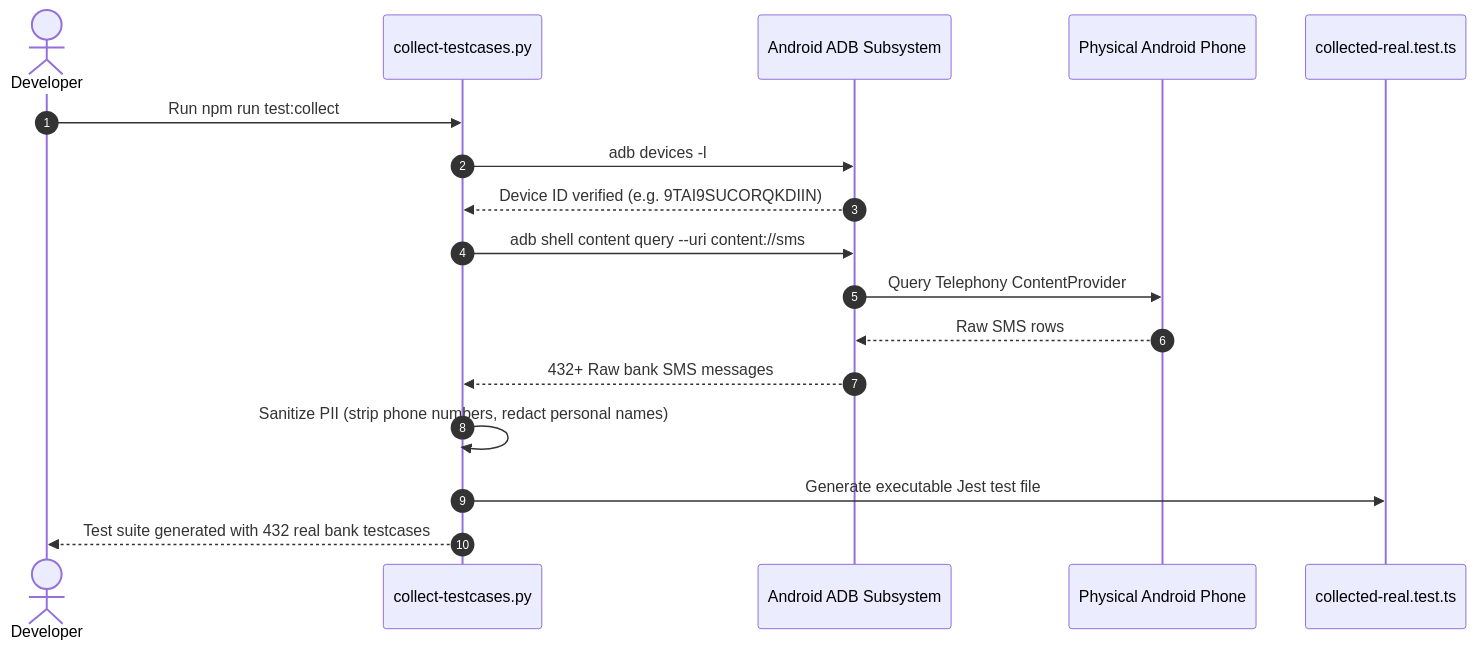
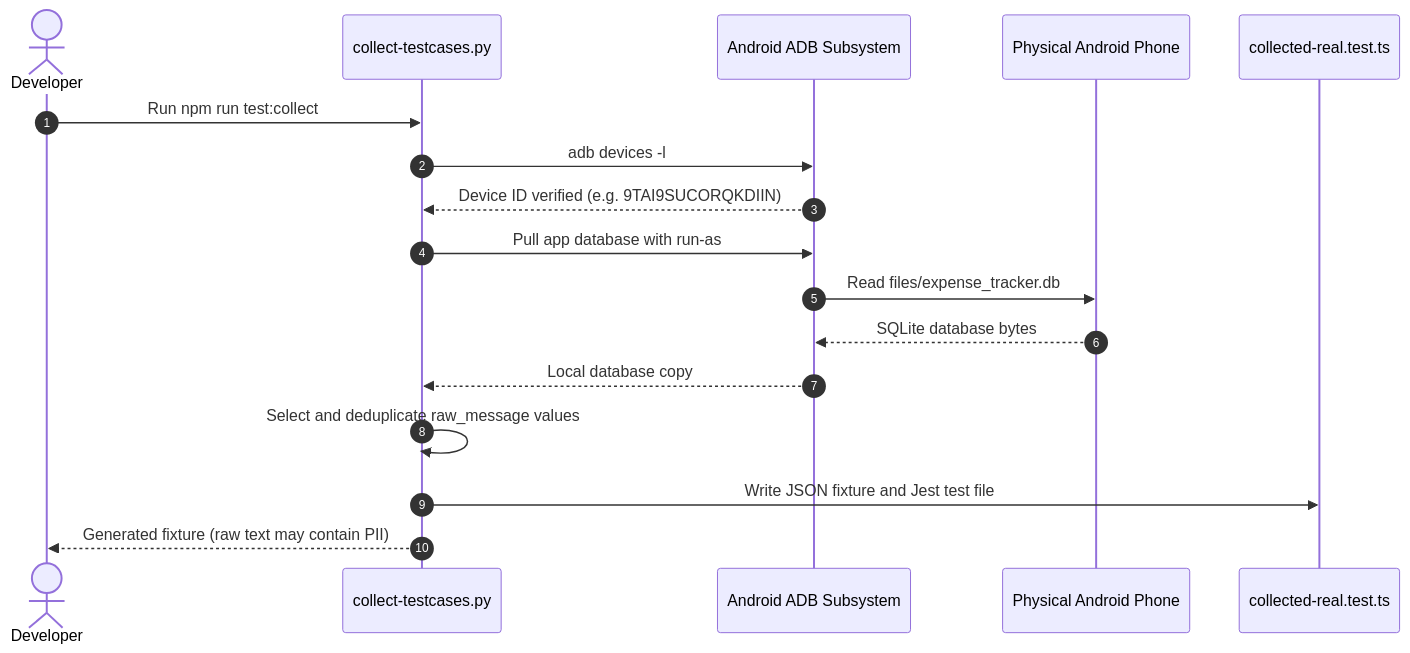
One commit to GangSagar/expenses-tracker-app changed the diagram in docs/TESTING_STRATEGY.md. Above: the diagram before and after it, drawn with Mermaid. The commit also changed other lines of this file and 11 other files, not shown here.

Commit message:
refactor phase 9: update architecture documentation and docs to reflect v2.0 local AI hybrid orchestration and codebase restructuring

````diff
--- a/docs/TESTING_STRATEGY.md
+++ b/docs/TESTING_STRATEGY.md
@@ -134,20 +133,20 @@
 ```mermaid
 sequenceDiagram
     autonumber
     actor Dev as Developer
     participant Script as collect-testcases.py
     participant ADB as Android ADB Subsystem
     participant Phone as Physical Android Phone
     participant Test as collected-real.test.ts
 
     Dev->>Script: Run npm run test:collect
     Script->>ADB: adb devices -l
     ADB-->>Script: Device ID verified (e.g. 9TAI9SUCORQKDIIN)
-    Script->>ADB: adb shell content query --uri content://sms
-    ADB->>Phone: Query Telephony ContentProvider
-    Phone-->>ADB: Raw SMS rows
-    ADB-->>Script: 432+ Raw bank SMS messages
-    Script->>Script: Sanitize PII (strip phone numbers, redact personal names)
-    Script->>Test: Generate executable Jest test file
-    Script-->>Dev: Test suite generated with 432 real bank testcases
+    Script->>ADB: Pull app database with run-as
+    ADB->>Phone: Read files/expense_tracker.db
+    Phone-->>ADB: SQLite database bytes
+    ADB-->>Script: Local database copy
+    Script->>Script: Select and deduplicate raw_message values
+    Script->>Test: Write JSON fixture and Jest test file
+    Script-->>Dev: Generated fixture (raw text may contain PII)
 ```
````
